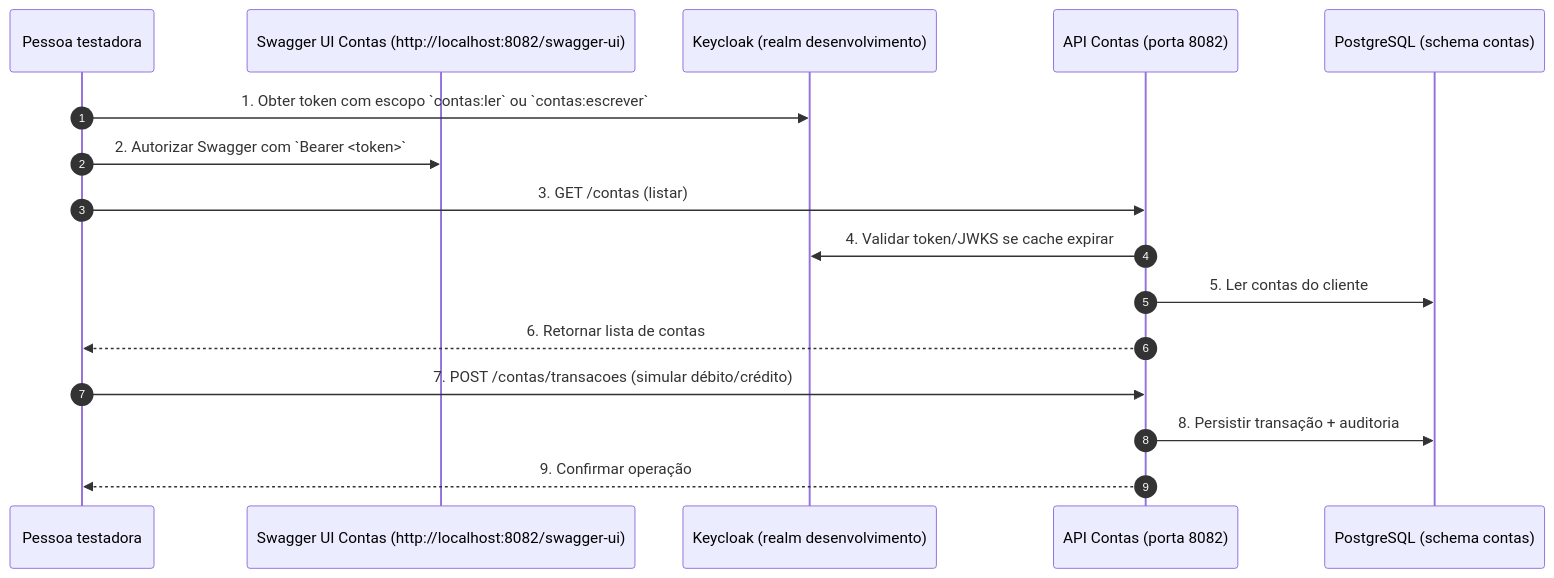
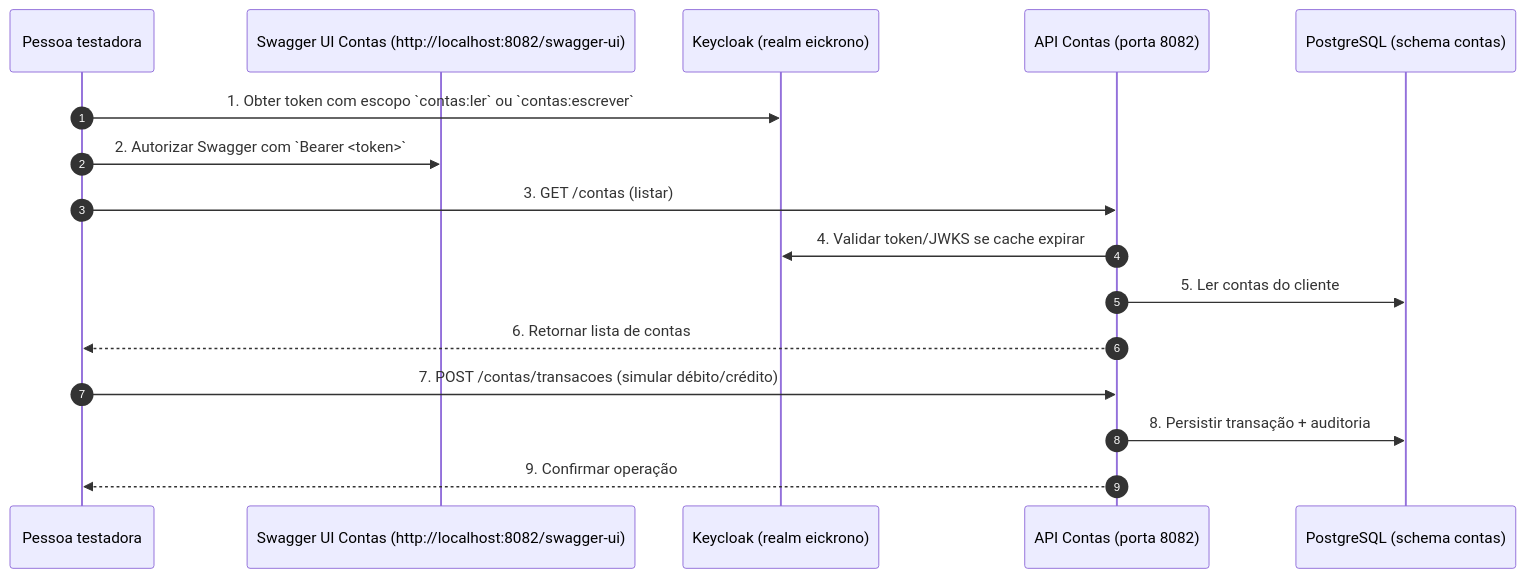
The seventh of 7 diagrams in documentacao/diagramas/casos-uso-sequencia.md (pedrosotc/eickrono-autenticacao-servidor), drawn with Mermaid before and after one commit. The commit also changed other lines of this file and 79 other files, not shown here.

````diff
--- a/documentacao/diagramas/casos-uso-sequencia.md
+++ b/documentacao/diagramas/casos-uso-sequencia.md
@@ -253,19 +253,19 @@
 ```mermaid
 sequenceDiagram
     autonumber
     participant QA as Pessoa testadora
     participant SW as Swagger UI Contas (http://localhost:8082/swagger-ui)
-    participant KC as Keycloak (realm desenvolvimento)
+    participant KC as Keycloak (realm eickrono)
     participant APIC as API Contas (porta 8082)
     participant DB as PostgreSQL (schema contas)
 
     QA->>KC: 1. Obter token com escopo `contas:ler` ou `contas:escrever`
     QA->>SW: 2. Autorizar Swagger com `Bearer <token>`
     QA->>APIC: 3. GET /contas (listar)
     APIC->>KC: 4. Validar token/JWKS se cache expirar
     APIC->>DB: 5. Ler contas do cliente
     APIC-->>QA: 6. Retornar lista de contas
     QA->>APIC: 7. POST /contas/transacoes (simular débito/crédito)
     APIC->>DB: 8. Persistir transação + auditoria
     APIC-->>QA: 9. Confirmar operação
 ```
````
